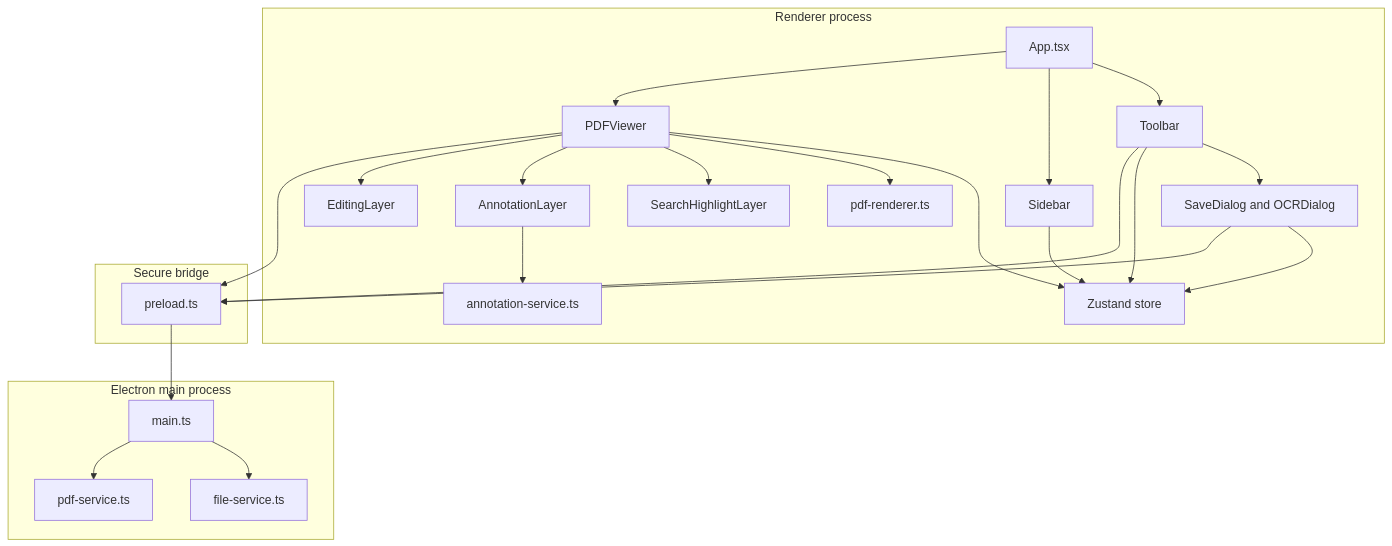
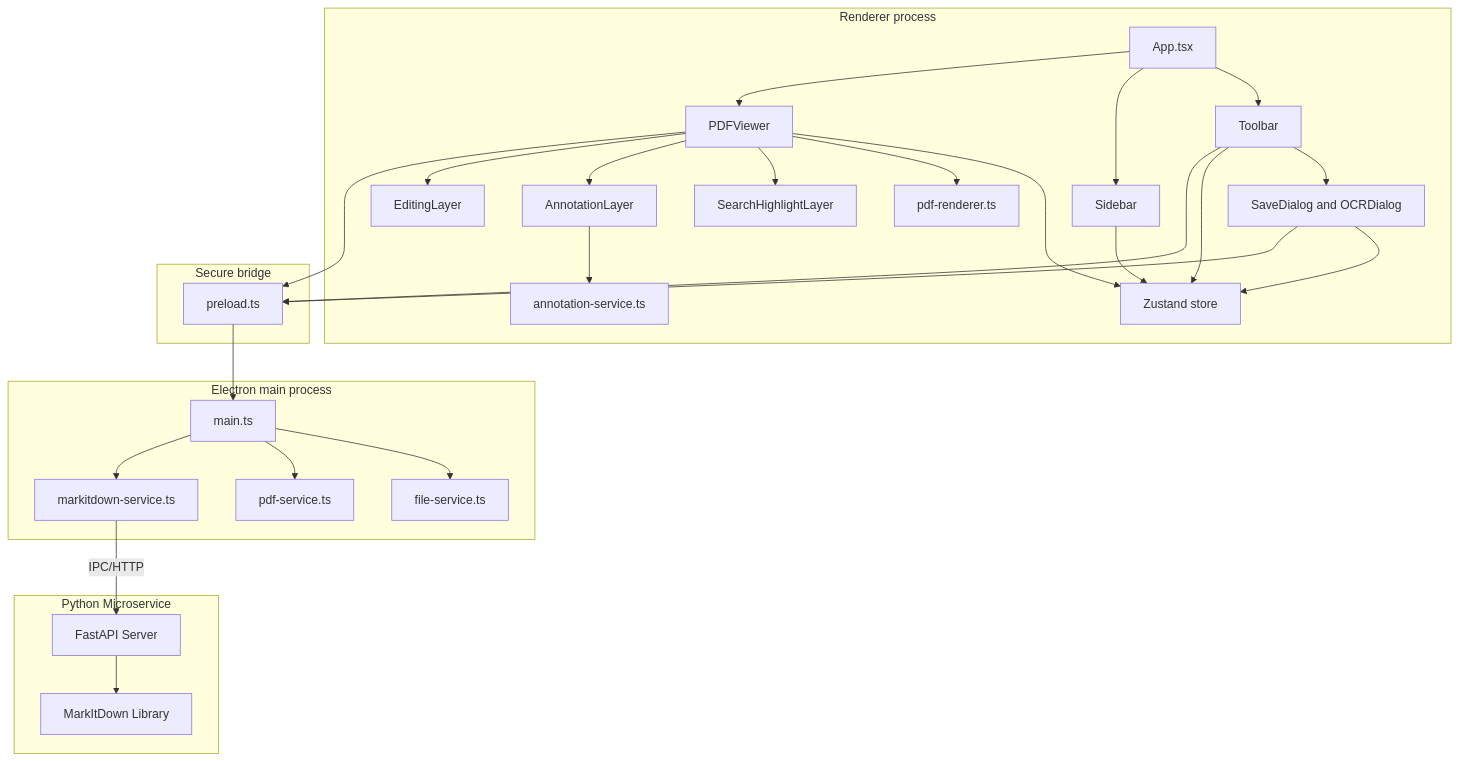
The first of 8 diagrams in ARCHITECTURE.md (jana1998/portable-document-formatter), drawn with Mermaid before and after one commit. The commit also changed other lines of this file and 4 other files, not shown here.

Commit message:
docs: finalize Phase 1 kickoff artifacts and update architecture for MarkItDown integration

````diff
--- a/ARCHITECTURE.md
+++ b/ARCHITECTURE.md
@@ -7,46 +7,55 @@
 ```mermaid
 flowchart TB
     subgraph Renderer["Renderer process"]
         App[App.tsx]
         Toolbar[Toolbar]
         Sidebar[Sidebar]
         Viewer[PDFViewer]
         SearchLayer[SearchHighlightLayer]
         AnnotationLayer[AnnotationLayer]
         EditingLayer[EditingLayer]
         Dialogs[SaveDialog and OCRDialog]
         Store[Zustand store]
         PDFRenderer[pdf-renderer.ts]
         AnnotationService[annotation-service.ts]
     end
 
     subgraph Bridge["Secure bridge"]
         Preload[preload.ts]
     end
 
     subgraph Main["Electron main process"]
         MainEntry[main.ts]
         FileService[file-service.ts]
         PDFService[pdf-service.ts]
+        MIDService[markitdown-service.ts]
+    end
+
+    subgraph Python["Python Microservice"]
+        FastAPI[FastAPI Server]
+        MarkItDown[MarkItDown Library]
     end
 
     App --> Toolbar
     App --> Sidebar
     App --> Viewer
     Toolbar --> Dialogs
     Toolbar --> Store
     Sidebar --> Store
     Viewer --> Store
     Viewer --> PDFRenderer
     Viewer --> SearchLayer
     Viewer --> AnnotationLayer
     Viewer --> EditingLayer
     AnnotationLayer --> AnnotationService
     Dialogs --> Store
     Toolbar --> Preload
     Viewer --> Preload
     Dialogs --> Preload
     Preload --> MainEntry
     MainEntry --> FileService
     MainEntry --> PDFService
+    MainEntry --> MIDService
+    MIDService -- "IPC/HTTP" --> FastAPI
+    FastAPI --> MarkItDown
 ```
````
